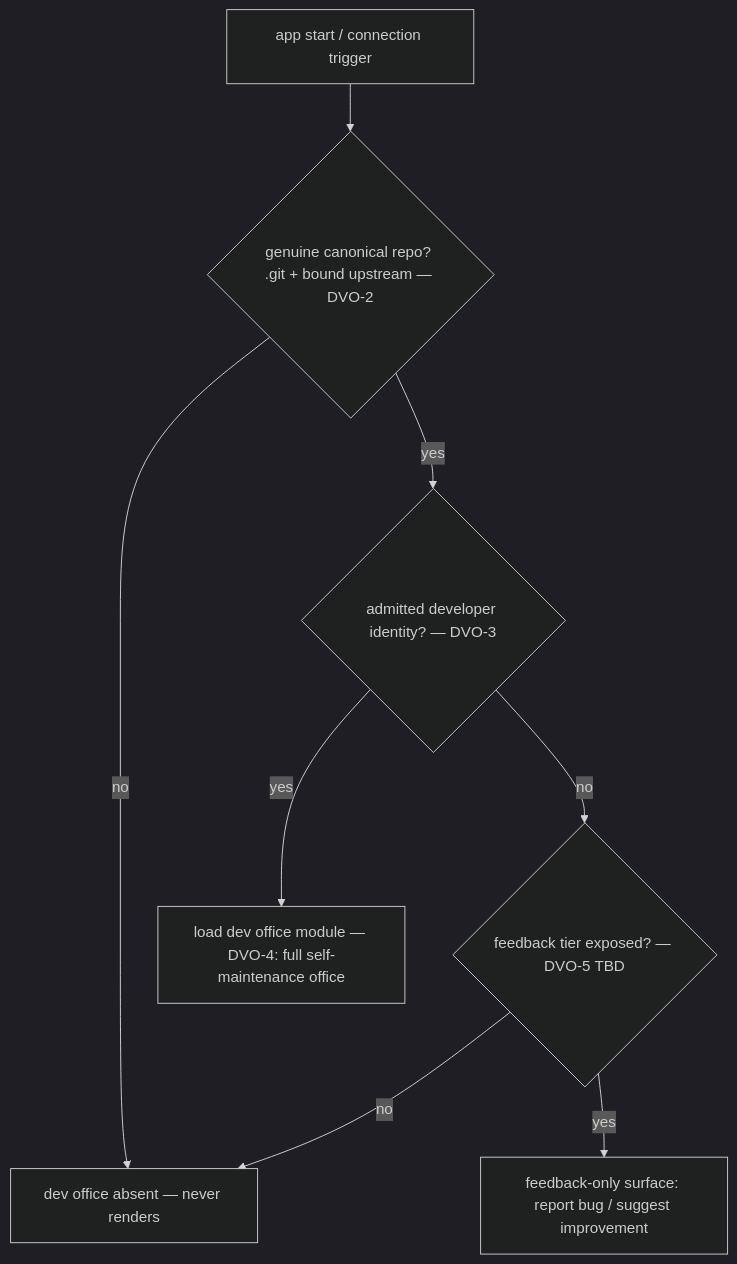
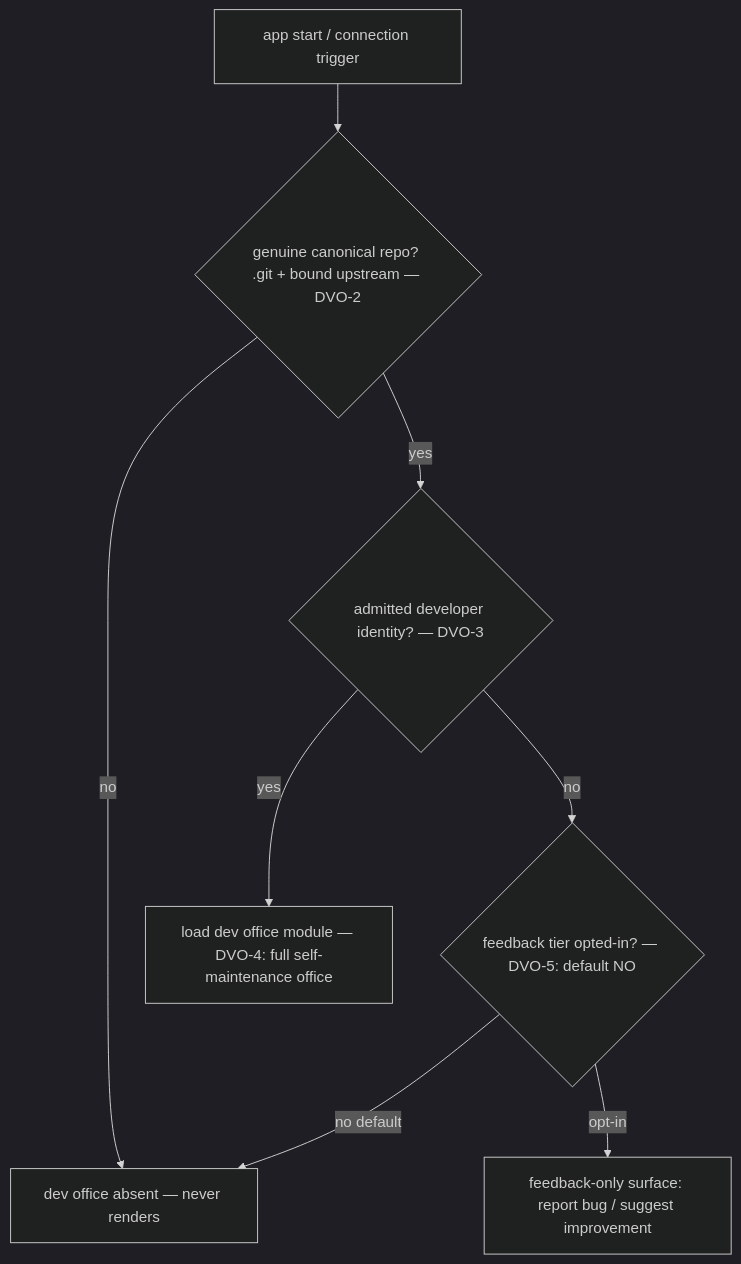
The diagram in .design/main/specifications/l1-dev-office.md (teratron/cronus), drawn with Mermaid (dark theme) before and after one commit. The commit also changed other lines of this file and 4 other files, not shown here.

````diff
--- a/.design/main/specifications/l1-dev-office.md
+++ b/.design/main/specifications/l1-dev-office.md
@@ -161,10 +174,10 @@
 ```mermaid
 graph TD
     START[app start / connection trigger] --> REPO{genuine canonical repo? .git + bound upstream — DVO-2}
     REPO -->|no| HIDE[dev office absent — never renders]
     REPO -->|yes| ADMIT{admitted developer identity? — DVO-3}
-    ADMIT -->|no| TIER{feedback tier exposed? — DVO-5 TBD}
-    TIER -->|no| HIDE
-    TIER -->|yes| FEEDBACK[feedback-only surface: report bug / suggest improvement]
+    ADMIT -->|no| TIER{feedback tier opted-in? — DVO-5: default NO}
+    TIER -->|no default| HIDE
+    TIER -->|opt-in| FEEDBACK[feedback-only surface: report bug / suggest improvement]
     ADMIT -->|yes| LOADED[load dev office module — DVO-4: full self-maintenance office]
 ```
````
